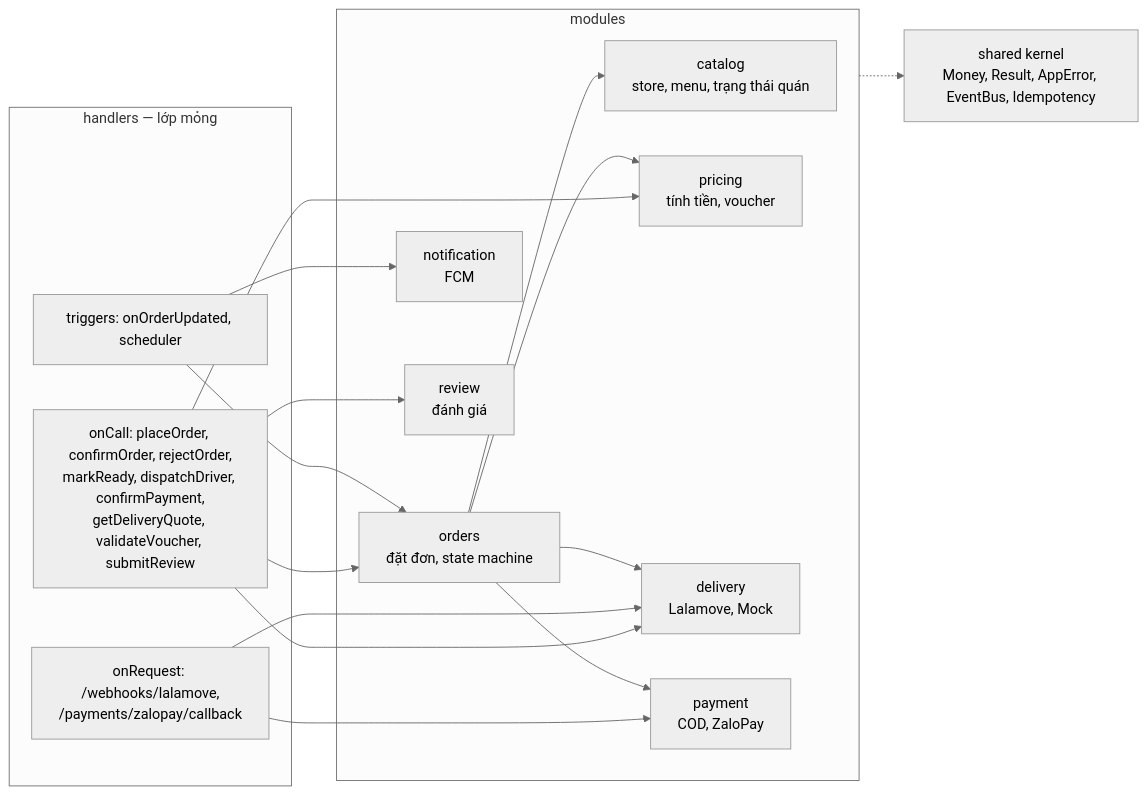
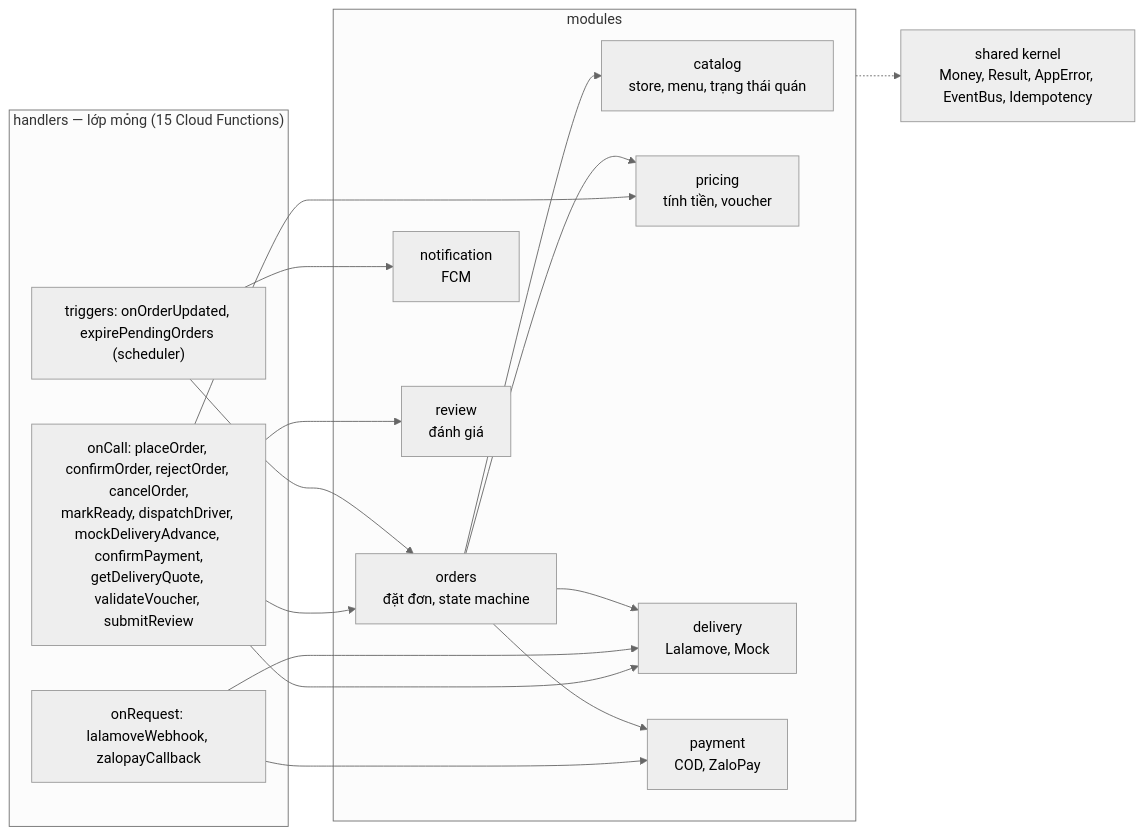
The third of 9 diagrams in docs/02-architecture.md (thanhpino/MobileAppFinalProject-MiaoSong), drawn with Mermaid (neutral theme) before and after one commit. The commit also changed 10 other files, not shown here.

Commit message:
docs(freeze): sync all diagrams/ERD/API contracts with code & add interactive Archify flow HTML

````diff
--- a/docs/02-architecture.md
+++ b/docs/02-architecture.md
@@ -94,31 +94,31 @@
 ```mermaid
 flowchart LR
-    subgraph Handlers["handlers — lớp mỏng"]
-        HC["onCall: placeOrder, confirmOrder, rejectOrder,<br/>markReady, dispatchDriver, confirmPayment,<br/>getDeliveryQuote, validateVoucher, submitReview"]
-        HW["onRequest: /webhooks/lalamove,<br/>/payments/zalopay/callback"]
-        HT["triggers: onOrderUpdated, scheduler"]
+    subgraph Handlers["handlers — lớp mỏng (15 Cloud Functions)"]
+        HC["onCall: placeOrder, confirmOrder, rejectOrder, cancelOrder,<br/>markReady, dispatchDriver, mockDeliveryAdvance, confirmPayment,<br/>getDeliveryQuote, validateVoucher, submitReview"]
+        HW["onRequest: lalamoveWebhook, zalopayCallback"]
+        HT["triggers: onOrderUpdated, expirePendingOrders (scheduler)"]
     end
     subgraph Modules["modules"]
         CAT["catalog<br/>store, menu, trạng thái quán"]
         PRI["pricing<br/>tính tiền, voucher"]
         ORD["orders<br/>đặt đơn, state machine"]
         DEL["delivery<br/>Lalamove, Mock"]
         PAY["payment<br/>COD, ZaloPay"]
         NOT["notification<br/>FCM"]
         REV["review<br/>đánh giá"]
     end
     SH["shared kernel<br/>Money, Result, AppError, EventBus, Idempotency"]
     HC --> ORD
     HC --> PRI
     HC --> DEL
     HC --> REV
     HW --> DEL
     HW --> PAY
     HT --> NOT
     HT --> ORD
     ORD --> CAT
     ORD --> PRI
     ORD --> DEL
     ORD --> PAY
     Modules -.-> SH
 ```
````
